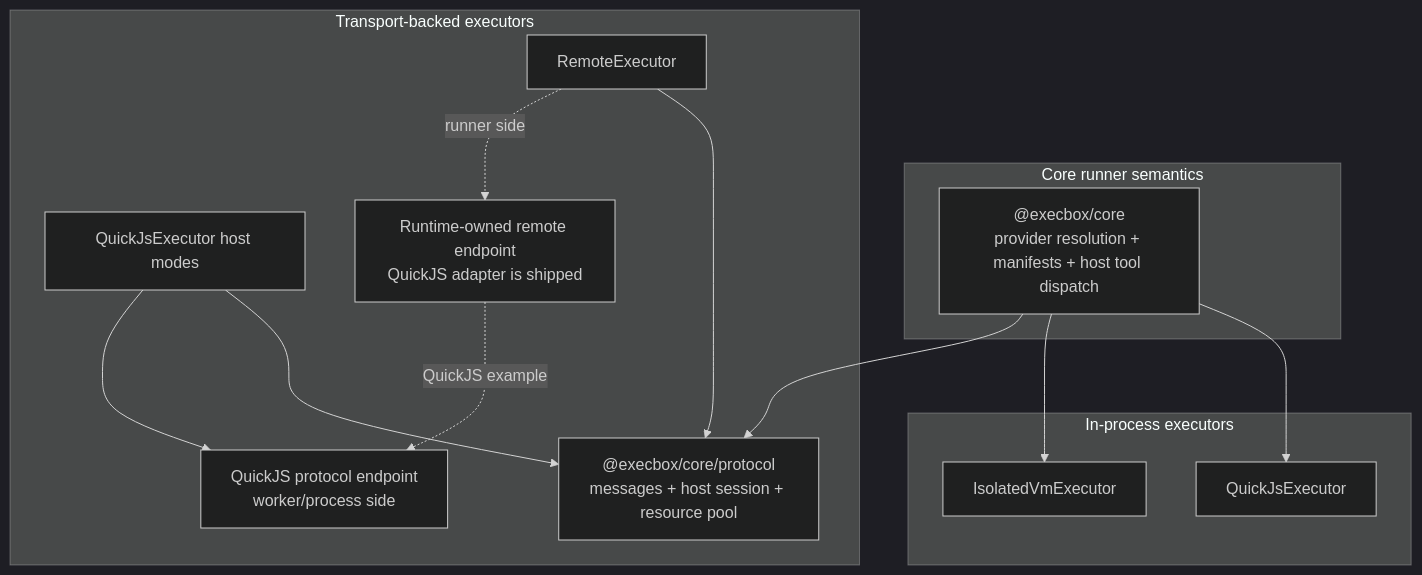
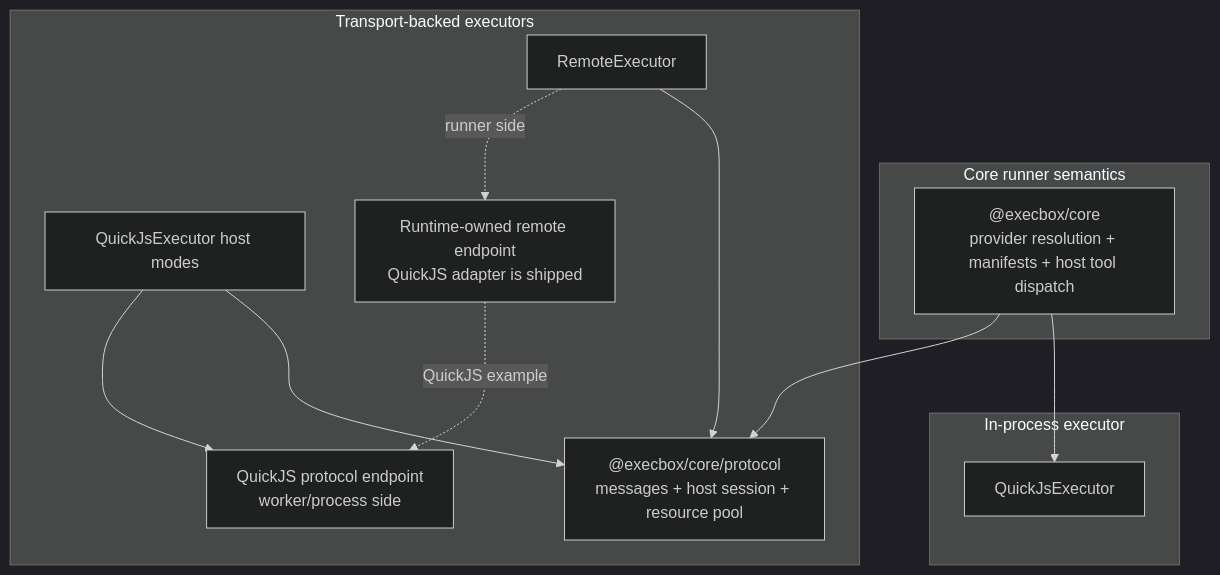
One commit to aallam/execbox changed the second of 3 diagrams in docs/architecture/execbox-mcp-and-protocol.md. Above: the diagram before and after it, drawn with Mermaid (dark theme). The commit also changed other lines of this file and 39 other files, not shown here.

````diff
--- a/docs/architecture/execbox-mcp-and-protocol.md
+++ b/docs/architecture/execbox-mcp-and-protocol.md
@@ -66,28 +65,26 @@
 ```mermaid
 flowchart TB
     subgraph Core["Core runner semantics"]
         CORE["@execbox/core<br/>provider resolution + manifests + host tool dispatch"]
     end
 
-    subgraph InProcess["In-process executors"]
+    subgraph InProcess["In-process executor"]
         QJS["QuickJsExecutor"]
-        IVM["IsolatedVmExecutor"]
     end
 
     subgraph TransportBacked["Transport-backed executors"]
         PROTO["@execbox/core/protocol<br/>messages + host session + resource pool"]
         HOSTED["QuickJsExecutor host modes"]
         REM["RemoteExecutor"]
         QJS_ENDPOINT["QuickJS protocol endpoint<br/>worker/process side"]
         REMOTE_ENDPOINT["Runtime-owned remote endpoint<br/>QuickJS adapter is shipped"]
     end
 
     CORE --> QJS
-    CORE --> IVM
     CORE --> PROTO
     HOSTED --> PROTO
     REM --> PROTO
     HOSTED --> QJS_ENDPOINT
     REM -. runner side .-> REMOTE_ENDPOINT
     REMOTE_ENDPOINT -. QuickJS example .-> QJS_ENDPOINT
 ```
````
